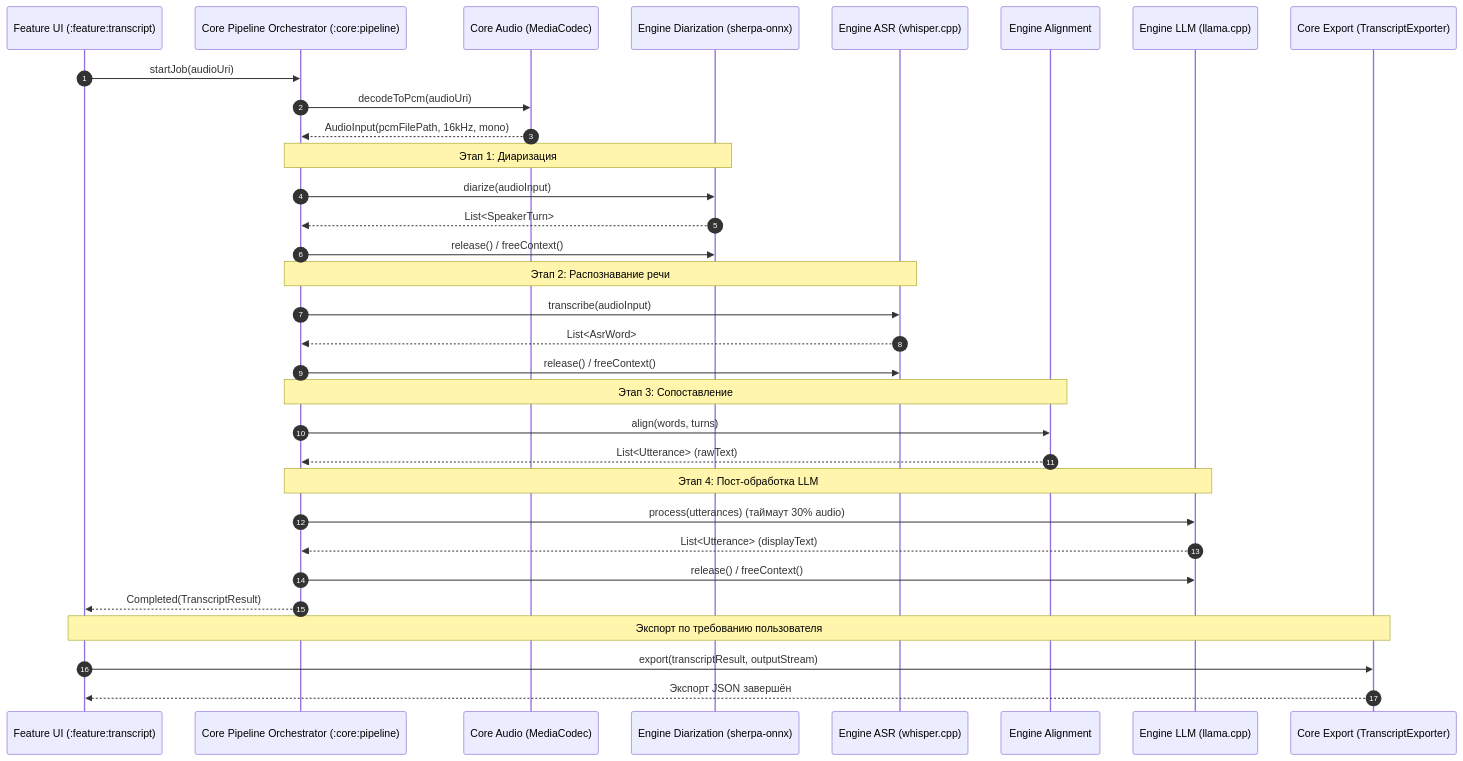
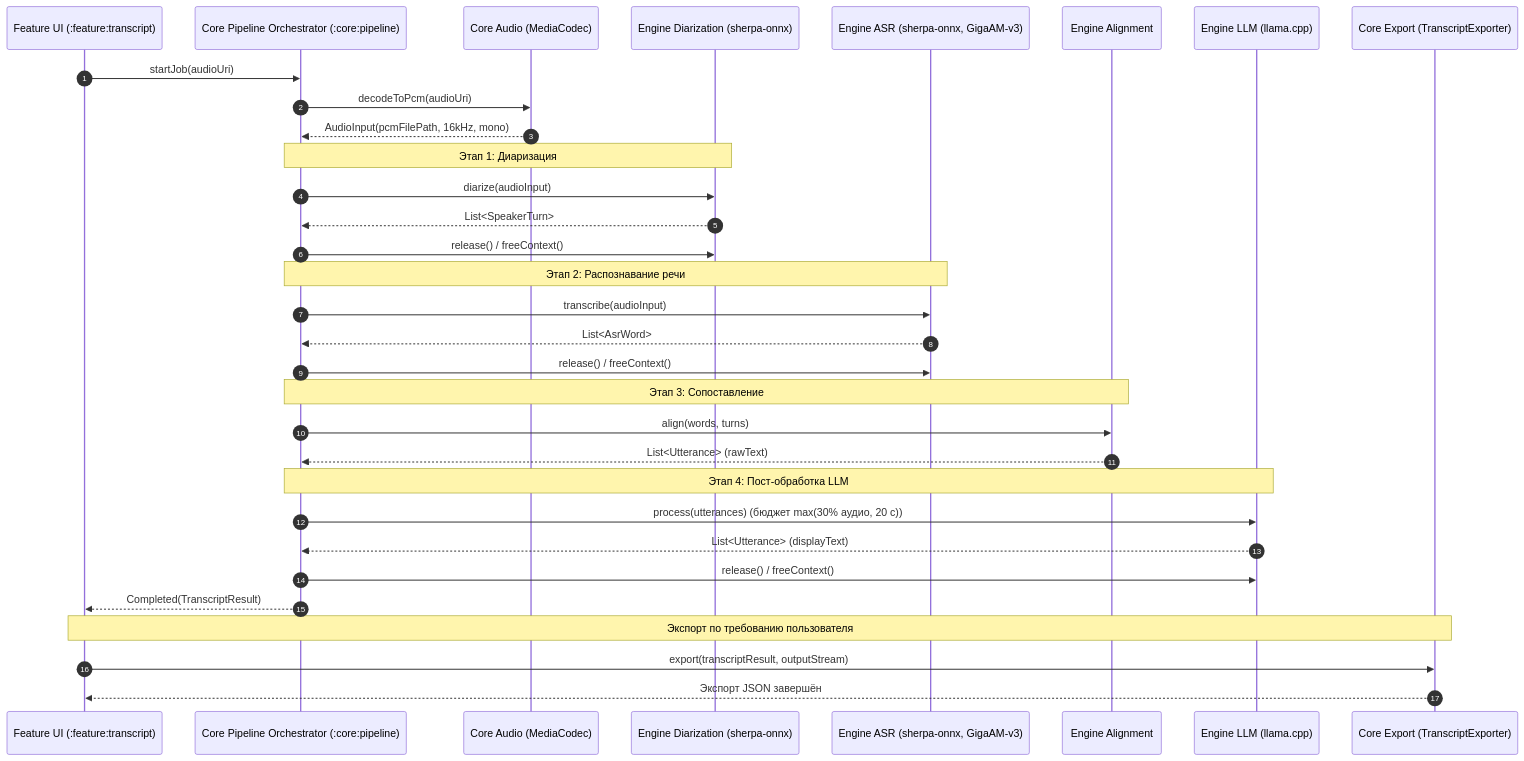
Before and after one commit to ikeepthatjuice/hackaton_mifi_sokolovklum: the second of 3 diagrams in docs/ARCHITECTURE.md, drawn with Mermaid. The commit also changed other lines of this file, not shown here.

Commit message:
docs(back): ARCHITECTURE — GigaAM-v3 ASR (ru only), whisper removed, current diarization params

````diff
--- a/docs/ARCHITECTURE.md
+++ b/docs/ARCHITECTURE.md
@@ -47,41 +47,41 @@
 ```mermaid
 sequenceDiagram
     autonumber
     participant UI as Feature UI (:feature:transcript)
     participant Pipe as Core Pipeline Orchestrator (:core:pipeline)
     participant Audio as Core Audio (MediaCodec)
     participant Diar as Engine Diarization (sherpa-onnx)
-    participant ASR as Engine ASR (whisper.cpp)
+    participant ASR as Engine ASR (sherpa-onnx, GigaAM-v3)
     participant Align as Engine Alignment
     participant LLM as Engine LLM (llama.cpp)
     participant Export as Core Export (TranscriptExporter)
 
     UI->>Pipe: startJob(audioUri)
     Pipe->>Audio: decodeToPcm(audioUri)
     Audio-->>Pipe: AudioInput(pcmFilePath, 16kHz, mono)
 
     Note over Pipe,Diar: Этап 1: Диаризация
     Pipe->>Diar: diarize(audioInput)
     Diar-->>Pipe: List<SpeakerTurn>
     Pipe->>Diar: release() / freeContext()
 
     Note over Pipe,ASR: Этап 2: Распознавание речи
     Pipe->>ASR: transcribe(audioInput)
     ASR-->>Pipe: List<AsrWord>
     Pipe->>ASR: release() / freeContext()
 
     Note over Pipe,Align: Этап 3: Сопоставление
     Pipe->>Align: align(words, turns)
     Align-->>Pipe: List<Utterance> (rawText)
 
     Note over Pipe,LLM: Этап 4: Пост-обработка LLM
-    Pipe->>LLM: process(utterances) (таймаут 30% audio)
+    Pipe->>LLM: process(utterances) (бюджет max(30% аудио, 20 с))
     LLM-->>Pipe: List<Utterance> (displayText)
     Pipe->>LLM: release() / freeContext()
 
     Pipe-->>UI: Completed(TranscriptResult)
 
     Note over UI,Export: Экспорт по требованию пользователя
     UI->>Export: export(transcriptResult, outputStream)
     Export-->>UI: Экспорт JSON завершён
 ```
````
